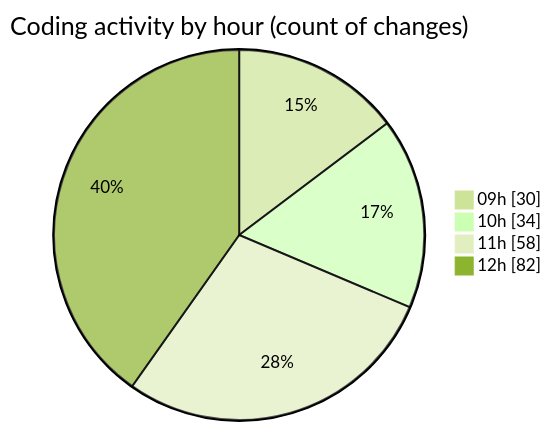
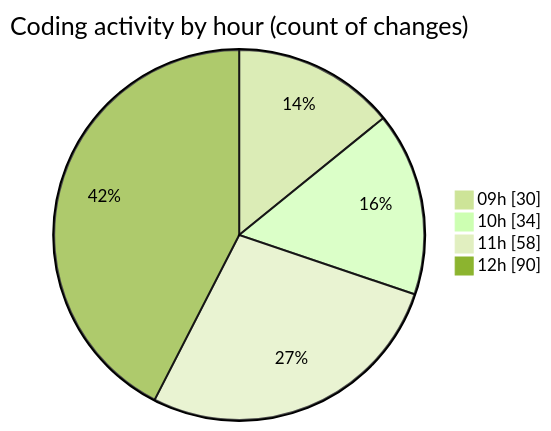
Before and after one commit to momahboobian/code-tracking: the second of 2 diagrams in 2025-04-02/cda/README.md, drawn with Mermaid (forest theme). The commit also changed other lines of this file and 1 other file, not shown here.

````diff
--- a/2025-04-02/cda/README.md
+++ b/2025-04-02/cda/README.md
@@ -36,8 +36,8 @@
 ```mermaid
 pie showData
 title Coding activity by hour (count of changes)
 "09h" : 30
 "10h" : 34
 "11h" : 58
-"12h" : 82
+"12h" : 90
 ```
````
